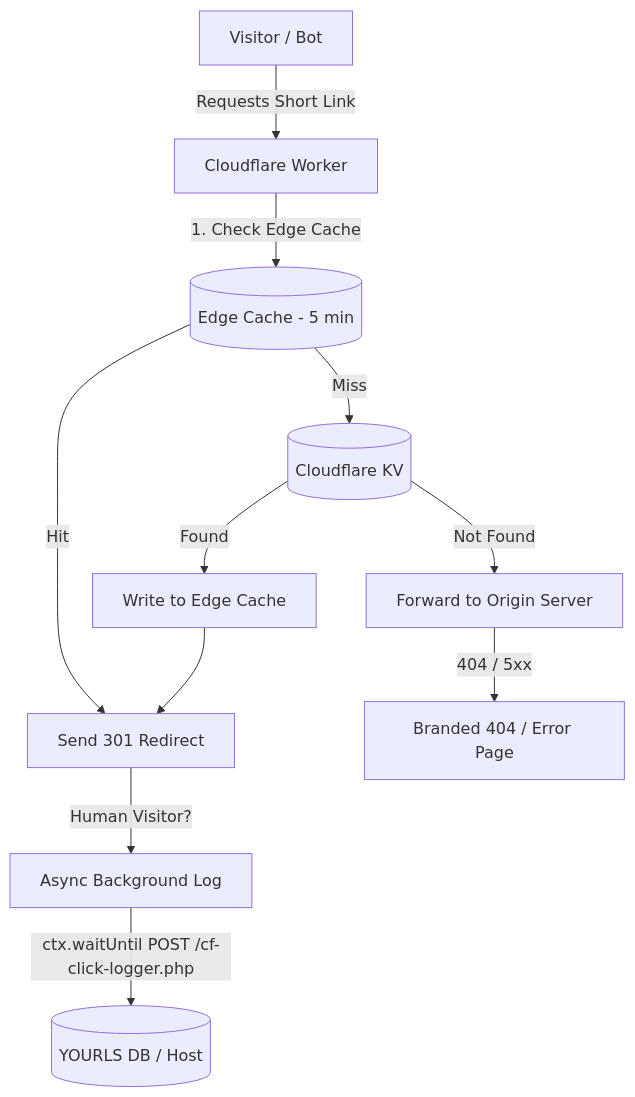
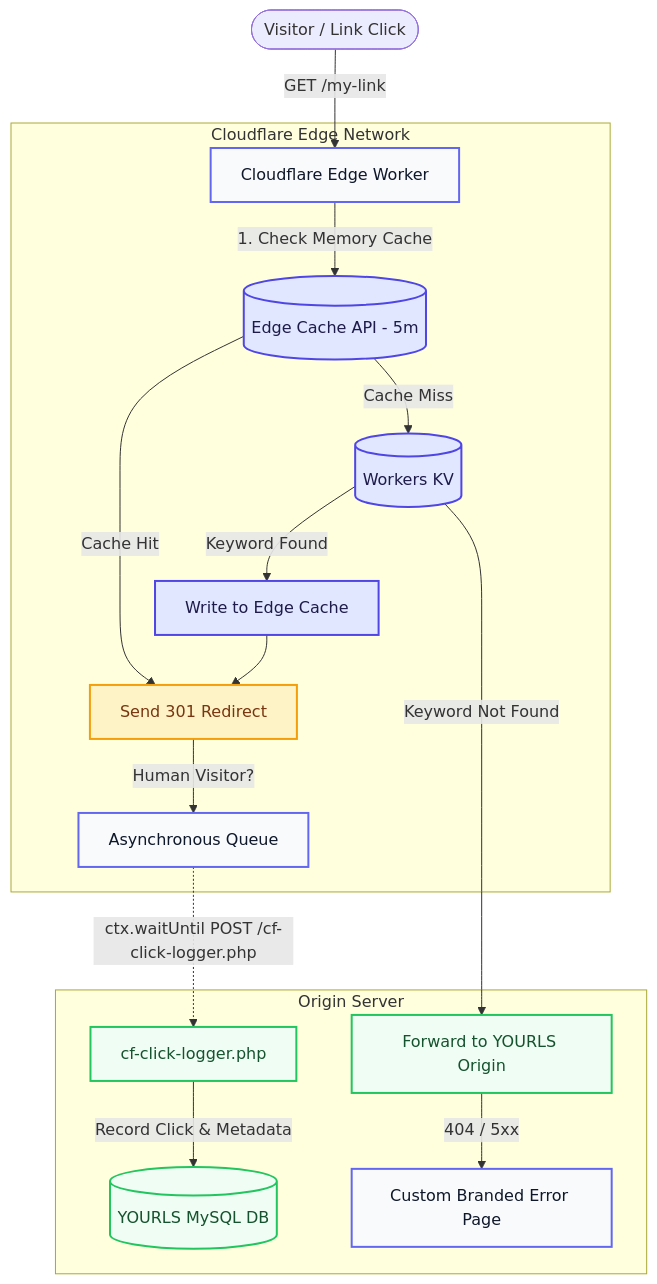
The diagram in README.md (abdulaqil5/yourls-cloudflare-kv-sync), drawn with Mermaid before and after one commit. The commit also changed other lines of this file, not shown here.

Commit message:
docs: polish README with clean layout, minimal emojis, and verified Cloudflare doc links

````diff
--- a/README.md
+++ b/README.md
@@ -32,16 +73,27 @@
 ```mermaid
 flowchart TD
-  Visitor[Visitor / Bot] -->|Requests Short Link| Worker[Cloudflare Worker]
+  classDef edge fill:#f8fafc,stroke:#6366f1,stroke-width:2px,color:#0f172a;
+  classDef cache fill:#e0e7ff,stroke:#4f46e5,stroke-width:2px,color:#1e1b4b;
+  classDef origin fill:#f0fdf4,stroke:#22c55e,stroke-width:2px,color:#14532d;
+  classDef redirect fill:#fef3c7,stroke:#f59e0b,stroke-width:2px,color:#78350f;
+
+  Visitor([Visitor / Link Click]) -->|GET /my-link| Worker[Cloudflare Edge Worker]:::edge
   
-  Worker -->|1. Check Edge Cache| EdgeCache[(Edge Cache - 5 min)]
-  EdgeCache -->|Hit| Redirect[Send 301 Redirect]
-  
-  EdgeCache -->|Miss| KV[(Cloudflare KV)]
-  KV -->|Found| CacheWrite[Write to Edge Cache] --> Redirect
-  
-  Redirect -->|Human Visitor?| AsyncLog[Async Background Log]
-  AsyncLog -->|ctx.waitUntil POST /cf-click-logger.php| YOURLS[(YOURLS DB / Host)]
-  
-  KV -->|Not Found| Origin[Forward to Origin Server]
-  Origin -->|404 / 5xx| CustomPage[Branded 404 / Error Page]
+  subgraph EdgeTier [" Cloudflare Edge Network "]
+    Worker -->|1. Check Memory Cache| EdgeCache[(Edge Cache API - 5m)]:::cache
+    EdgeCache -->|Cache Hit| SendRedirect[Send 301 Redirect]:::redirect
+    
+    EdgeCache -->|Cache Miss| KVStore[(Workers KV)]:::cache
+    KVStore -->|Keyword Found| WriteCache[Write to Edge Cache]:::cache --> SendRedirect
+    
+    SendRedirect -->|Human Visitor?| AsyncQueue[Asynchronous Queue]:::edge
+  end
+
+  subgraph OriginServer [" Origin Server "]
+    AsyncQueue -.->|ctx.waitUntil POST /cf-click-logger.php| LoggerBridge[cf-click-logger.php]:::origin
+    LoggerBridge -->|Record Click & Metadata| DB[(YOURLS MySQL DB)]:::origin
+    
+    KVStore -->|Keyword Not Found| FallbackOrigin[Forward to YOURLS Origin]:::origin
+    FallbackOrigin -->|404 / 5xx| CustomHTML[Custom Branded Error Page]:::edge
+  end
 ```
````
